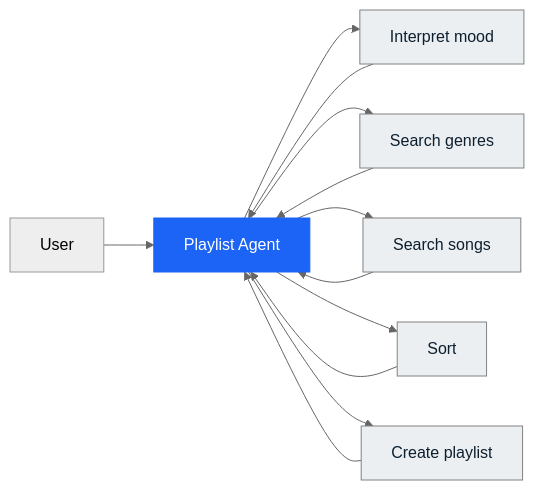
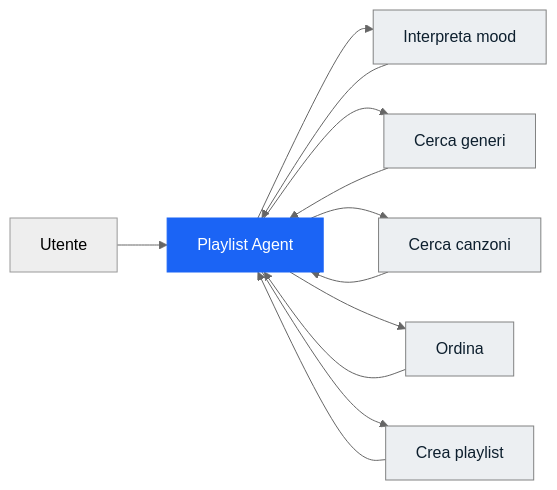
The second of 9 diagrams in files/AI Engineering/Multiagent SOTA 2026_en.md (Rkomi98/MyBlog), drawn with Mermaid (neutral theme) before and after one commit. The commit also changed other lines of this file and 17 other files, not shown here.

````diff
--- a/files/AI Engineering/Multiagent SOTA 2026_en.md
+++ b/files/AI Engineering/Multiagent SOTA 2026_en.md
@@ -133,21 +124,21 @@
 ```mermaid
 flowchart LR
-    U[User] --> A[Playlist Agent]
+    U[Utente] --> A[Playlist Agent]
 
-    A --> T1[Interpret mood]
-    A --> T2[Search genres]
-    A --> T3[Search songs]
-    A --> T4[Sort]
-    A --> T5[Create playlist]
+    A --> T1[Interpreta mood]
+    A --> T2[Cerca generi]
+    A --> T3[Cerca canzoni]
+    A --> T4[Ordina]
+    A --> T5[Crea playlist]
 
     T1 --> A
     T2 --> A
     T3 --> A
     T4 --> A
     T5 --> A
 
     classDef agent fill:#1B64F5,stroke:#1B64F5,color:#fff;
     classDef tool fill:#ECEFF2,stroke:#818282,color:#0D1F2E;
     class A agent;
     class T1,T2,T3,T4,T5 tool;
 ```
````
